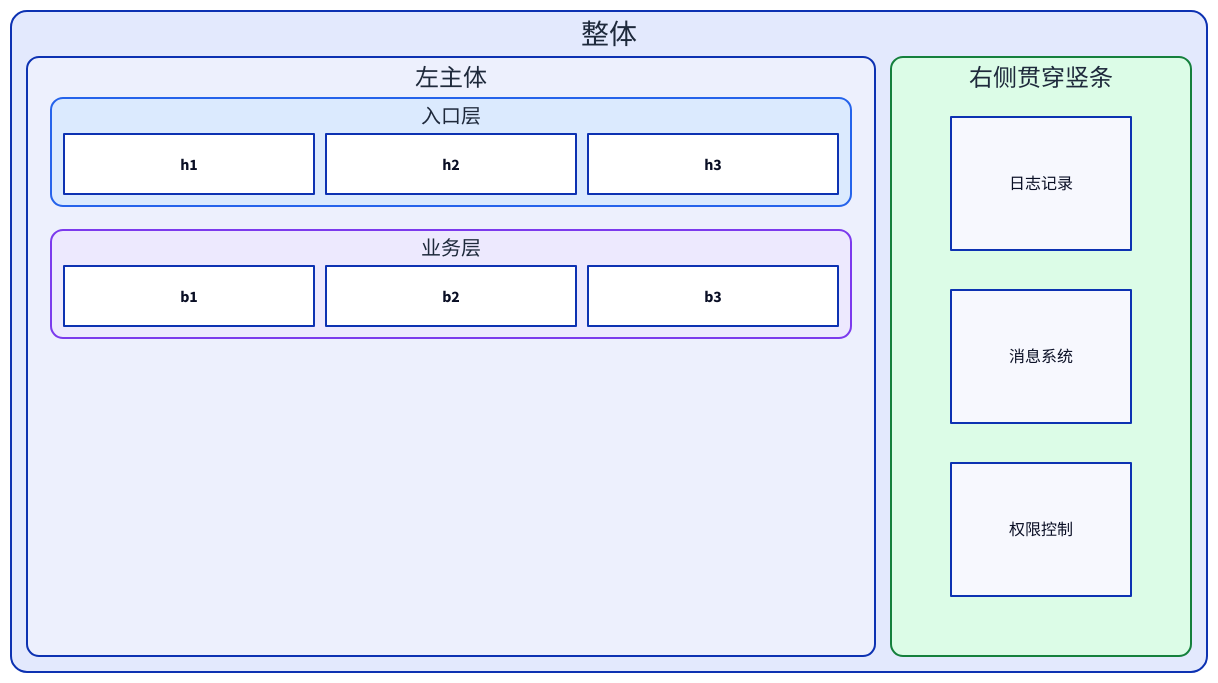
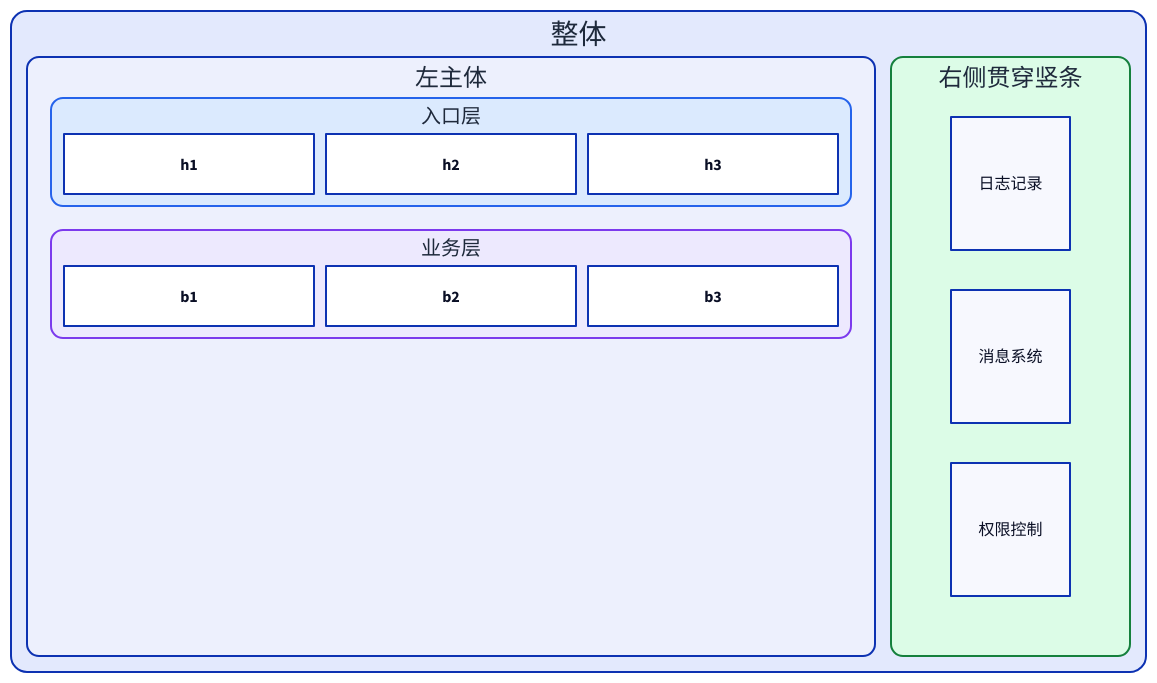
The fifth of 13 diagrams in skills/c4-container-diagram/SKILL.md (syllr/skills), drawn with D2 before and after one commit. The commit also changed other lines of this file, not shown here.

````diff
--- a/skills/c4-container-diagram/SKILL.md
+++ b/skills/c4-container-diagram/SKILL.md
@@ -527,36 +533,35 @@
 ```d2
 vars: { d2-config: { layout-engine: elk } }
 整体: {
   grid-columns: 2          # ← 分两栏：左主体 + 右贯穿栏（3 栏则为左右双竖条）
   grid-rows: 1
   grid-gap: 16
   style.font-color: "#1e293b"
   style.border-radius: 16
 
   左主体: {                 # 主体：内部各层纵向堆叠（复用 §5.1 结构）
     grid-rows: 1; grid-columns: 1; grid-gap: 24
     style.font-color: "#1e293b"
     style.border-radius: 12
     入口层: { width: 800; grid-columns: 3; grid-gap: 12; style.fill: "#dbeafe"; style.font-color: "#1e293b"; style.stroke: "#2563eb"; style.border-radius: 12
       h1: { width: 250; height: 60; class: module }
       h2: { width: 250; height: 60; class: module }
       h3: { width: 250; height: 60; class: module }
     }
     业务层: { width: 800; grid-columns: 3; grid-gap: 12; style.fill: "#ede9fe"; style.font-color: "#1e293b"; style.stroke: "#7c3aed"; style.border-radius: 12
       b1: { width: 250; height: 60; class: module }
       b2: { width: 250; height: 60; class: module }
       b3: { width: 250; height: 60; class: module }
     }
   }
 
   右侧贯穿竖条: {            # ← 贯穿栏：独立顶层容器，高度由外层 grid 与主体现高（勿设 height，会被覆盖）
-    width: 300               # ← ≥ 最宽 label + 120（"日志记录"4 字≈160 → 300 安全，见 6.13）
-    grid-columns: 1           # ← 关键：只定义列（一维）+ 不写 grid-gap → 子容器垂直均匀分布（见 6.13）
+    grid-columns: 1           # ← 关键：一维 grid + 不设 width → ELK 按子容器+等边距自动包裹居中（v0.8.1 实测，见 6.13 B）
     style.fill: "#dcfce7"; style.font-color: "#1e293b"; style.stroke: "#15803d"; style.border-radius: 12
-    # 子容器 width = 竖条 width − 120（水平居中对称，铁律 2）；height 按 6.13 公式：主体高 600 → (600−120−2×40)/3 ≈ 133
-    r1: { label: "日志记录"; width: 180; height: 133; class: module }
-    r2: { label: "消息系统"; width: 180; height: 133; class: module }
-    r3: { label: "权限控制"; width: 180; height: 133; class: module }
+    # 子容器不设 width（ELK 自动包裹居中）；height 按 6.13 公式：主体高 600 → (600−120−2×40)/3 ≈ 133
+    r1: { label: "日志记录"; height: 133; class: module }
+    r2: { label: "消息系统"; height: 133; class: module }
+    r3: { label: "权限控制"; height: 133; class: module }
   }
 }
 ```
````
